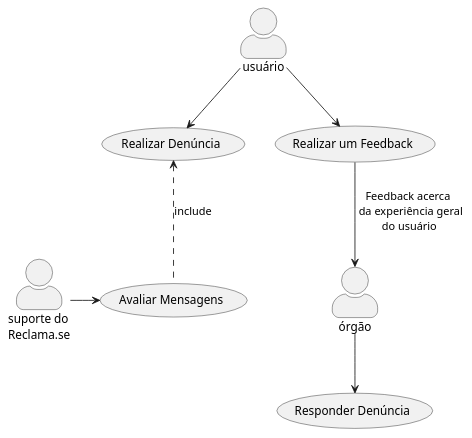
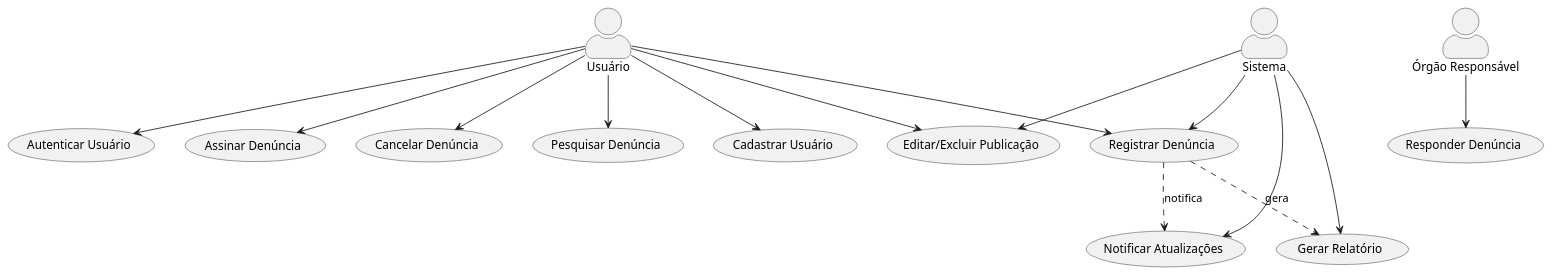
The diagram in useCaseDiagram.puml (erickfranciisco/Reclama.se), drawn with PlantUML before and after one commit.

```diff
--- a/useCaseDiagram.puml
+++ b/useCaseDiagram.puml
@@ -1,19 +1,27 @@
 @startuml
+
 skinparam actorStyle awesome
-:usuário: --> (registrar_problema)
-:usuário: --> (realizar_feedback)
-:funcionário_agente: --> (responder_problema)
-:moderador: -> (avaliar_mensagens) <<include>>
 
-"Realizar Denúncia" as (registrar_problema)
-"Realizar um Feedback" as (realizar_feedback)
-"Responder Denúncia" as (responder_problema)
-"Avaliar Mensagens" as (avaliar_mensagens)
+actor "Usuário" as U
+actor "Órgão Responsável" as O
+actor "Sistema" as S
 
-"órgão" as :funcionário_agente:
-"suporte do\nReclama.se" as :moderador:
+U --> (Cadastrar Usuário)
+U --> (Autenticar Usuário)
+U --> (Registrar Denúncia)
+U --> (Assinar Denúncia)
+U --> (Cancelar Denúncia)
+U --> (Pesquisar Denúncia)
+U --> (Editar/Excluir Publicação)
 
-(realizar_feedback) --> :funcionário_agente: : Feedback acerca \n da experiência geral\ndo usuário 
+S --> (Notificar Atualizações)
+S --> (Registrar Denúncia)
+S --> (Gerar Relatório)
+S --> (Editar/Excluir Publicação)
 
-(registrar_problema) <.. (avaliar_mensagens) :include
+O --> (Responder Denúncia)
+
+(Registrar Denúncia) .down.> (Gerar Relatório) : gera
+(Registrar Denúncia) .down.> (Notificar Atualizações) : notifica
+
 @enduml
```
